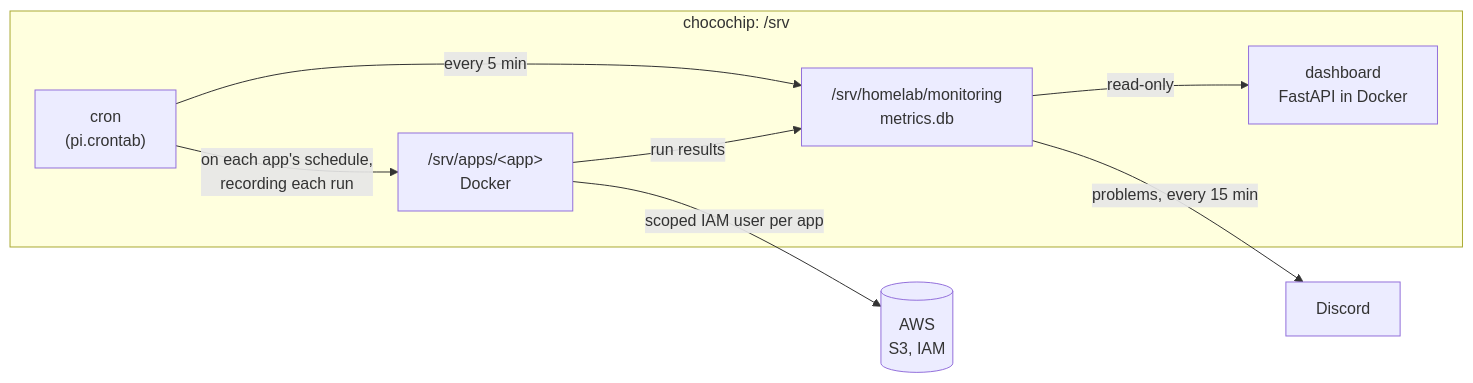
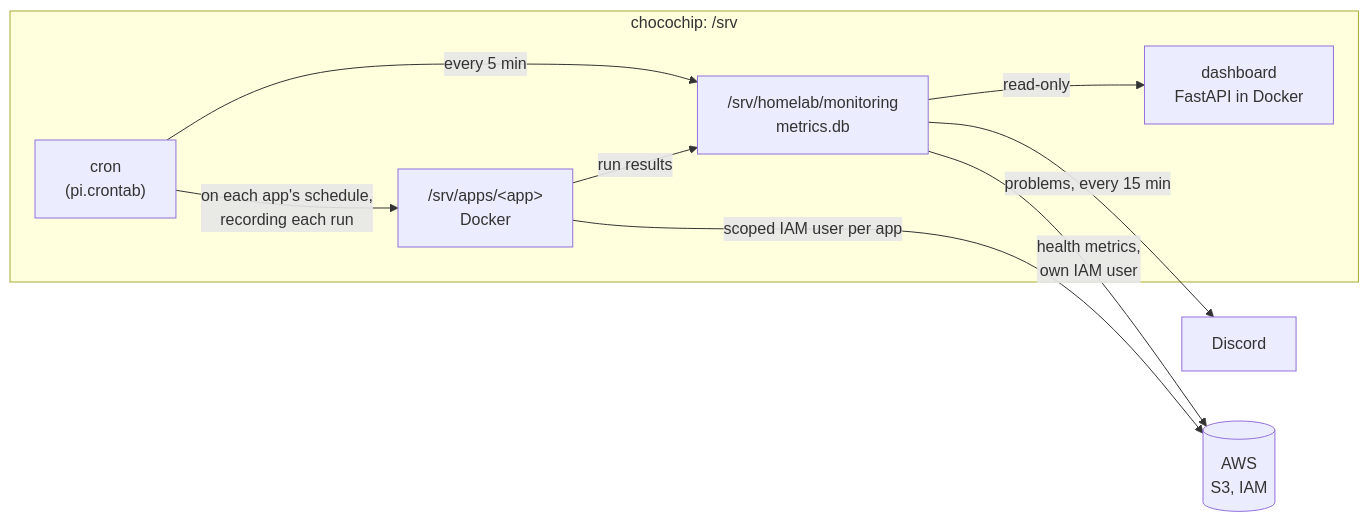
One commit to JeremyTran211/Homelab changed the diagram in README.md. Above: the diagram before and after it, drawn with Mermaid. The commit also changed other lines of this file and 5 other files, not shown here.

````diff
--- a/README.md
+++ b/README.md
@@ -10,18 +10,19 @@
 ```mermaid
 flowchart LR
     subgraph pi["chocochip: /srv"]
         cron["cron<br/>(pi.crontab)"]
         mon["/srv/homelab/monitoring<br/>metrics.db"]
         apps["/srv/apps/&lt;app&gt;<br/>Docker"]
         dash["dashboard<br/>FastAPI in Docker"]
     end
     aws[("AWS<br/>S3, IAM")]
     discord["Discord"]
 
     cron -->|"every 5 min"| mon
     cron -->|"on each app's schedule,<br/>recording each run"| apps
     apps -->|"run results"| mon
     mon -->|"read-only"| dash
     mon -->|"problems, every 15 min"| discord
+    mon -->|"health metrics,<br/>own IAM user"| aws
     apps -->|"scoped IAM user per app"| aws
 ```
````
